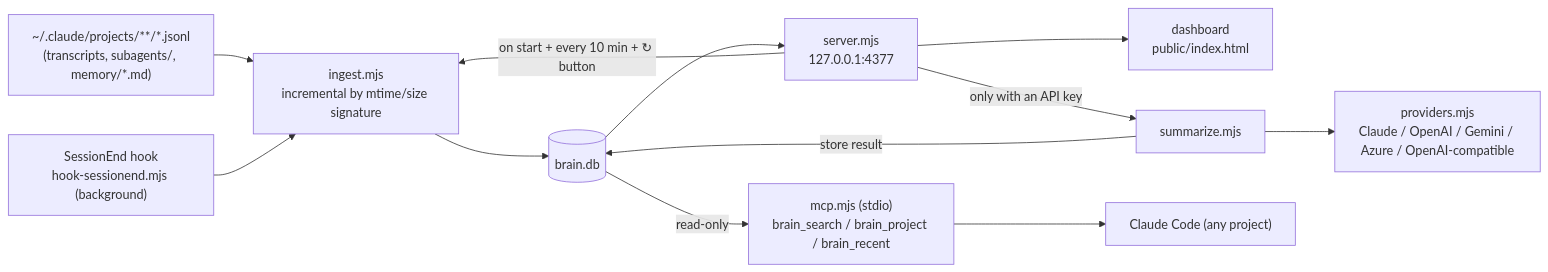
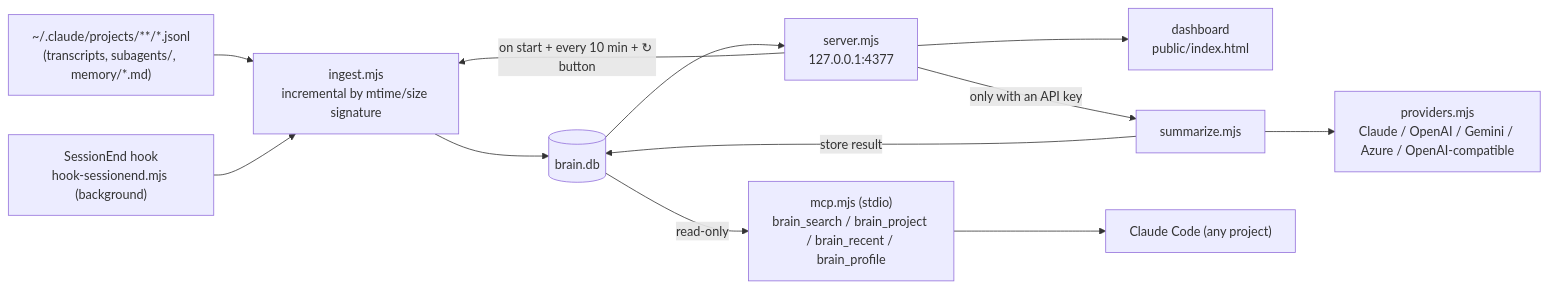
The first of 5 diagrams in docs/PLAN.md (hienct-fpt/personal-brain), drawn with Mermaid before and after one commit. The commit also changed other lines of this file and 13 other files, not shown here.

First line of the commit message:
Add memory types, brain_profile and time-scoped search

````diff
--- a/docs/PLAN.md
+++ b/docs/PLAN.md
@@ -37,14 +37,14 @@
 ```mermaid
 flowchart LR
   T["~/.claude/projects/**/*.jsonl<br/>(transcripts, subagents/, memory/*.md)"] --> I
   H["SessionEnd hook<br/>hook-sessionend.mjs (background)"] --> I
   I["ingest.mjs<br/>incremental by mtime/size signature"] --> DB[("brain.db")]
   DB --> S["server.mjs<br/>127.0.0.1:4377"]
   S --> UI["dashboard<br/>public/index.html"]
   S -->|"on start + every 10 min + ↻ button"| I
   S -->|"only with an API key"| SM["summarize.mjs"]
   SM --> P["providers.mjs<br/>Claude / OpenAI / Gemini / Azure / OpenAI-compatible"]
   SM -->|"store result"| DB
-  DB -->|"read-only"| M["mcp.mjs (stdio)<br/>brain_search / brain_project / brain_recent"]
+  DB -->|"read-only"| M["mcp.mjs (stdio)<br/>brain_search / brain_project / brain_recent / brain_profile"]
   M --> CC["Claude Code (any project)"]
 ```
````
